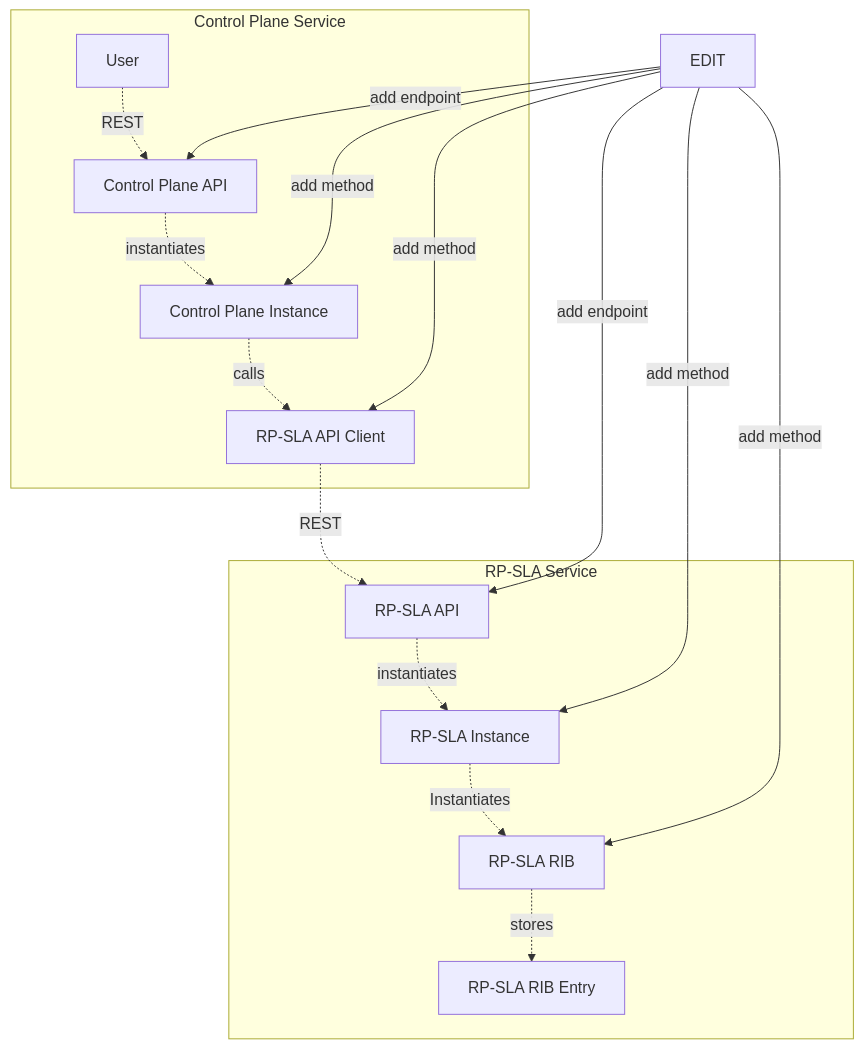
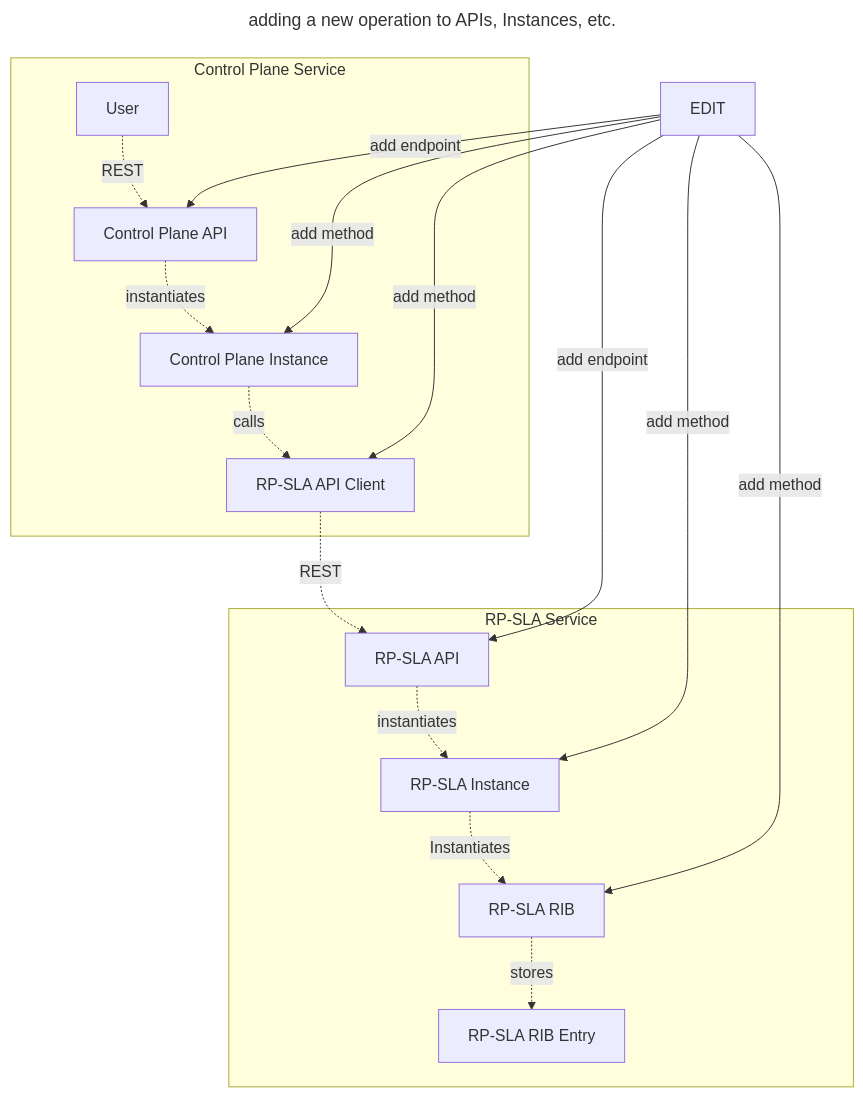
One commit to wrgeorge1983/PyRP changed the fourth of 4 diagrams in ARCHITECTURE.md. Above: the diagram before and after it, drawn with Mermaid.

````diff
--- a/ARCHITECTURE.md
+++ b/ARCHITECTURE.md
@@ -108,28 +108,31 @@
 ```mermaid
+---
+title: adding a new operation to APIs, Instances, etc.
+---
 graph TD
     subgraph one [Control Plane Service]
     U[User]
     CP-API[Control Plane API]
     CP-I[Control Plane Instance]
     SLA-API-Client[RP-SLA API Client]
     end
     subgraph two [RP-SLA Service]
     SLA-API[RP-SLA API]
     SLA-I[RP-SLA Instance]
     SLA-RIB[RP-SLA RIB]
     SLA-RE[RP-SLA RIB Entry]
     end
     U -.->|REST| CP-API
     CP-API -.->|instantiates| CP-I
     CP-I -.->|calls| SLA-API-Client
     SLA-API-Client -.->|REST| SLA-API
     SLA-API -.->|instantiates| SLA-I
     SLA-I -.->|Instantiates| SLA-RIB
     SLA-RIB -.->|stores| SLA-RE
     EDIT --> |add endpoint|CP-API
     EDIT --> |add method|CP-I
     EDIT --> |add method|SLA-API-Client
     EDIT --> |add endpoint|SLA-API
     EDIT --> |add method|SLA-I
     EDIT --> |add method|SLA-RIB
 ```
````
